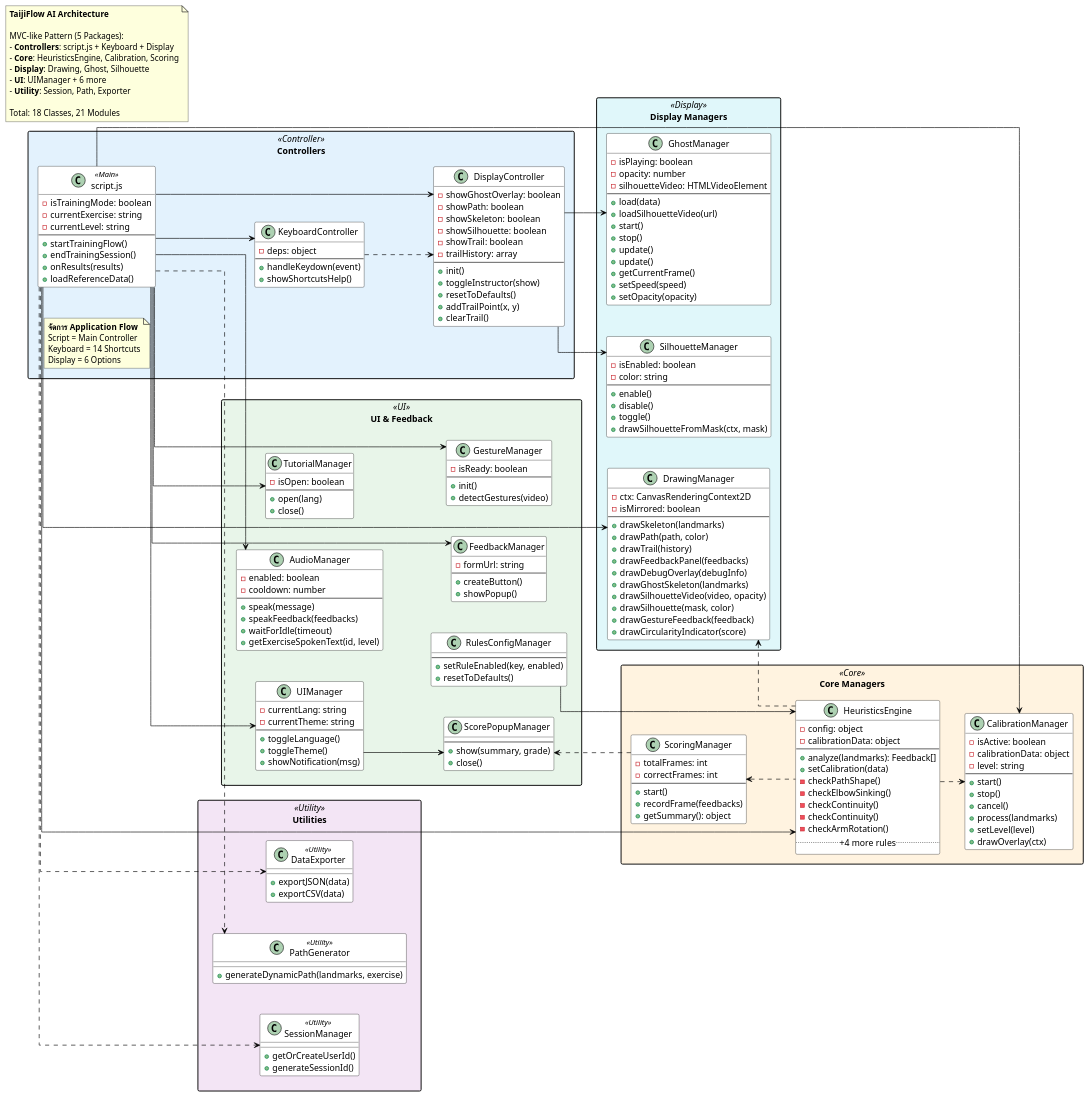
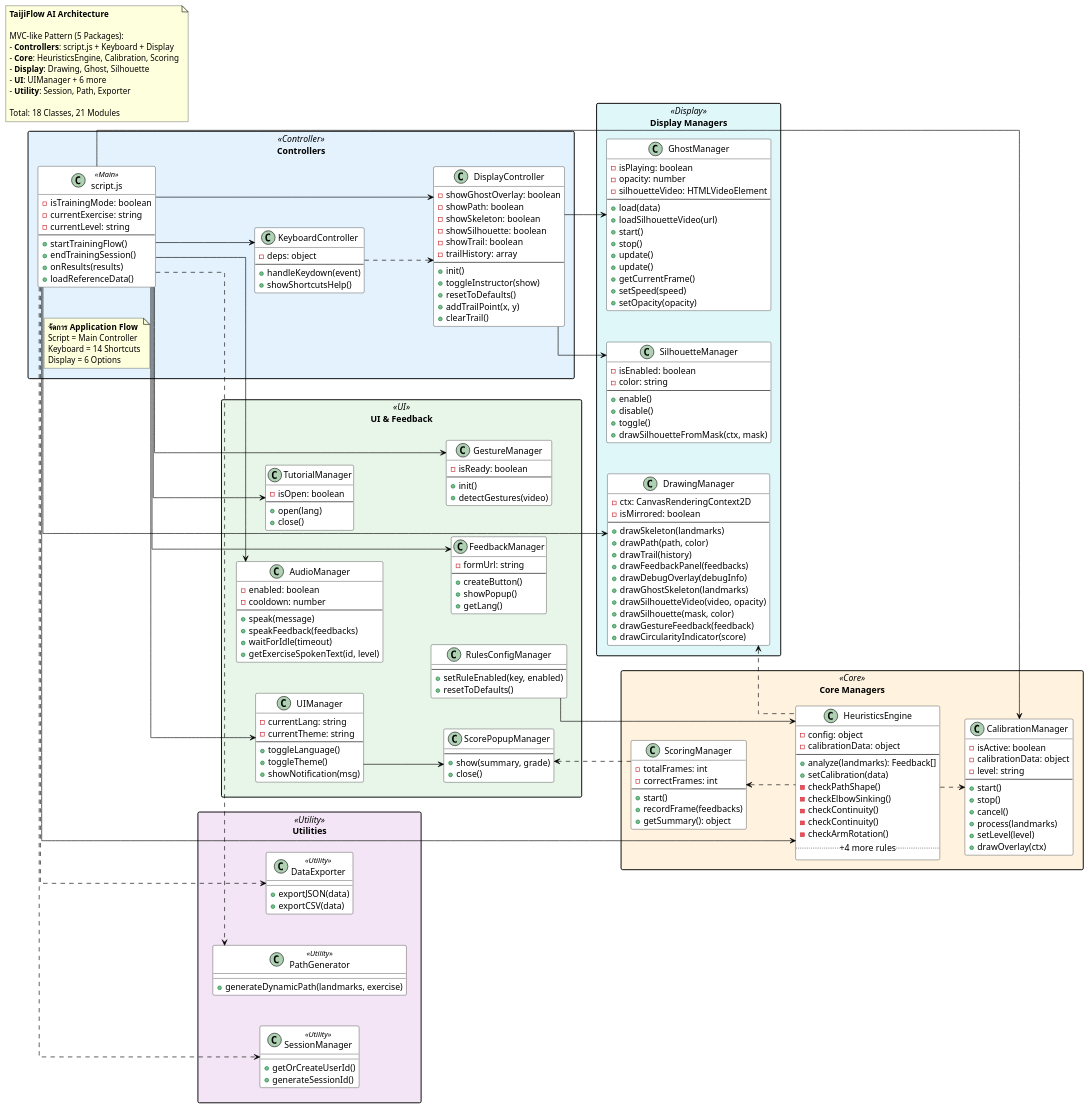
The diagram in docs/diagrams/ClassDiagram.wsd (vyut/TaijiFlow), drawn with PlantUML before and after one commit. The commit also changed 8 other files, not shown here.

```diff
--- a/docs/diagrams/ClassDiagram.wsd
+++ b/docs/diagrams/ClassDiagram.wsd
@@ -224,6 +224,7 @@
             --
             + createButton()
             + showPopup()
+            + getLang()
         }
     }
     
```
